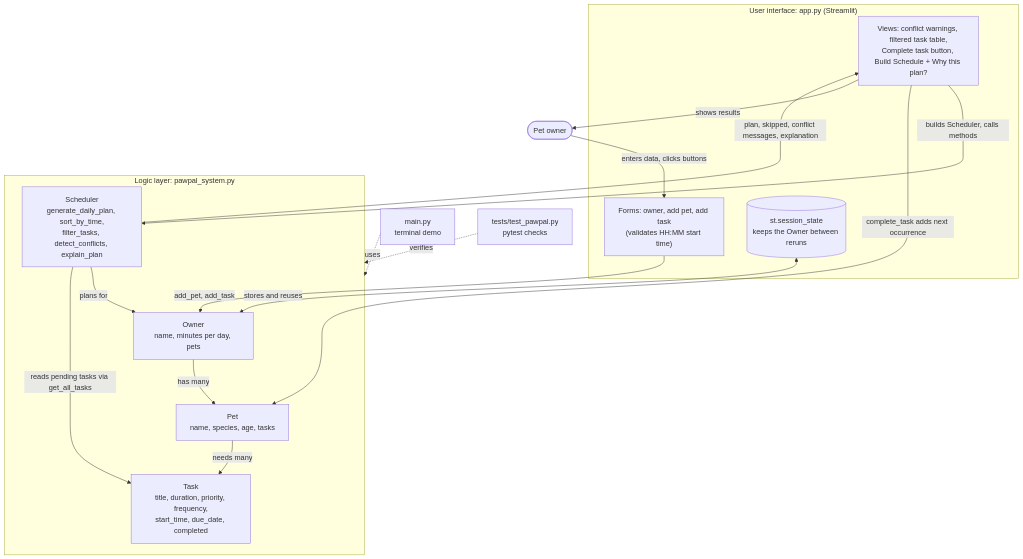
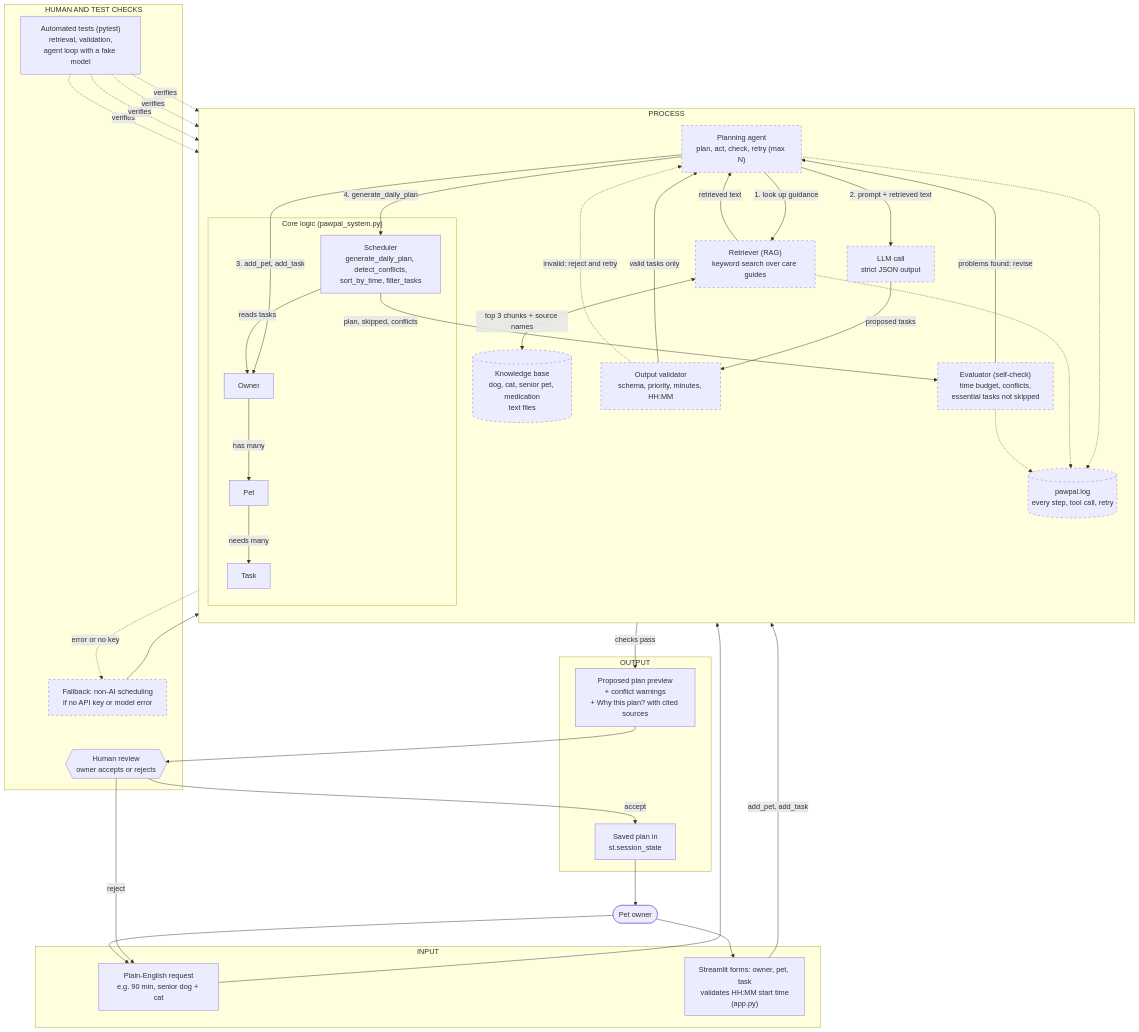
Before and after one commit to johnspaugh/ai110-module4show-pawpal-Improved: the diagram in diagrams/architecture.mmd, drawn with Mermaid.

Commit message:
okay 2 instruction done, which expanded the architecture file expand the diagram for the plan

```diff
--- a/diagrams/architecture.mmd
+++ b/diagrams/architecture.mmd
@@ -1,33 +1,80 @@
 flowchart TD
+    %% Legend: solid boxes exist today, dashed boxes are planned (see Notes_2.txt)
+
     User([Pet owner])
 
-    subgraph UI["User interface: app.py (Streamlit)"]
-        Forms["Forms: owner, add pet, add task<br/>(validates HH:MM start time)"]
-        Session[("st.session_state<br/>keeps the Owner between reruns")]
-        Views["Views: conflict warnings, filtered task table,<br/>Complete task button, Build Schedule + Why this plan?"]
+    subgraph INPUT["INPUT"]
+        Request["Plain-English request<br/>e.g. 90 min, senior dog + cat"]
+        Forms["Streamlit forms: owner, pet, task<br/>validates HH:MM start time<br/>(app.py)"]
     end
 
-    subgraph Logic["Logic layer: pawpal_system.py"]
-        Owner["Owner<br/>name, minutes per day, pets"]
-        Pet["Pet<br/>name, species, age, tasks"]
-        Task["Task<br/>title, duration, priority, frequency,<br/>start_time, due_date, completed"]
-        Scheduler["Scheduler<br/>generate_daily_plan, sort_by_time,<br/>filter_tasks, detect_conflicts, explain_plan"]
+    subgraph PROCESS["PROCESS"]
+        direction TB
+        Agent["Planning agent<br/>plan, act, check, retry (max N)"]
+        Retriever["Retriever (RAG)<br/>keyword search over care guides"]
+        KB[("Knowledge base<br/>dog, cat, senior pet, medication<br/>text files")]
+        LLM["LLM call<br/>strict JSON output"]
+        Validator["Output validator<br/>schema, priority, minutes, HH:MM"]
+
+        subgraph CORE["Core logic (pawpal_system.py)"]
+            Owner["Owner"]
+            Pet["Pet"]
+            Task["Task"]
+            Scheduler["Scheduler<br/>generate_daily_plan, detect_conflicts,<br/>sort_by_time, filter_tasks"]
+        end
+
+        Evaluator["Evaluator (self-check)<br/>time budget, conflicts,<br/>essential tasks not skipped"]
+        Log[("pawpal.log<br/>every step, tool call, retry")]
     end
 
-    CLI["main.py<br/>terminal demo"]
-    Tests["tests/test_pawpal.py<br/>pytest checks"]
+    subgraph OUTPUT["OUTPUT"]
+        Preview["Proposed plan preview<br/>+ conflict warnings<br/>+ Why this plan? with cited sources"]
+        Saved["Saved plan in<br/>st.session_state"]
+    end
 
-    User -->|enters data, clicks buttons| Forms
+    subgraph CHECKS["HUMAN AND TEST CHECKS"]
+        Human{{"Human review<br/>owner accepts or rejects"}}
+        Tests["Automated tests (pytest)<br/>retrieval, validation,<br/>agent loop with a fake model"]
+        Fallback["Fallback: non-AI scheduling<br/>if no API key or model error"]
+    end
+
+    User --> Request
+    User --> Forms
     Forms -->|add_pet, add_task| Owner
-    Session <-->|stores and reuses| Owner
+    Request --> Agent
+
+    Agent -->|1. look up guidance| Retriever
+    Retriever <-->|top 3 chunks + source names| KB
+    Retriever -->|retrieved text| Agent
+    Agent -->|2. prompt + retrieved text| LLM
+    LLM -->|proposed tasks| Validator
+    Validator -->|valid tasks only| Agent
+    Validator -.->|invalid: reject and retry| Agent
+    Agent -->|3. add_pet, add_task| Owner
     Owner -->|has many| Pet
     Pet -->|needs many| Task
-    Scheduler -->|plans for| Owner
-    Scheduler -->|reads pending tasks via get_all_tasks| Task
-    Views -->|builds Scheduler, calls methods| Scheduler
-    Views -->|complete_task adds next occurrence| Pet
-    Scheduler -->|plan, skipped, conflict messages, explanation| Views
-    Views -->|shows results| User
+    Agent -->|4. generate_daily_plan| Scheduler
+    Scheduler -->|reads tasks| Owner
+    Scheduler -->|plan, skipped, conflicts| Evaluator
+    Evaluator -->|problems found: revise| Agent
+    Evaluator -->|checks pass| Preview
 
-    CLI -.->|uses| Logic
-    Tests -.->|verifies| Logic
+    Agent -.-> Log
+    Retriever -.-> Log
+    Evaluator -.-> Log
+
+    Preview --> Human
+    Human -->|accept| Saved
+    Human -->|reject| Request
+    Saved --> User
+
+    LLM -.->|error or no key| Fallback
+    Fallback --> Scheduler
+
+    Tests -.->|verifies| Retriever
+    Tests -.->|verifies| Validator
+    Tests -.->|verifies| Agent
+    Tests -.->|verifies| Scheduler
+
+    classDef planned stroke-dasharray: 5 5
+    class Agent,Retriever,KB,LLM,Validator,Evaluator,Log,Fallback planned
```
